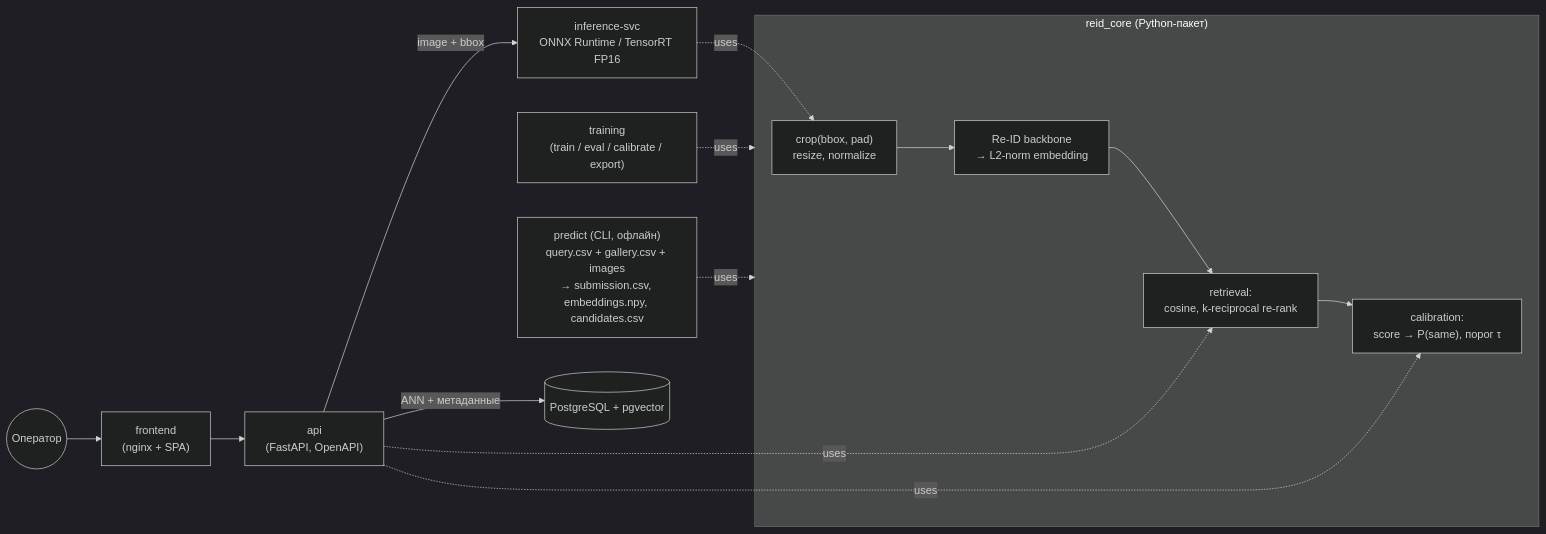
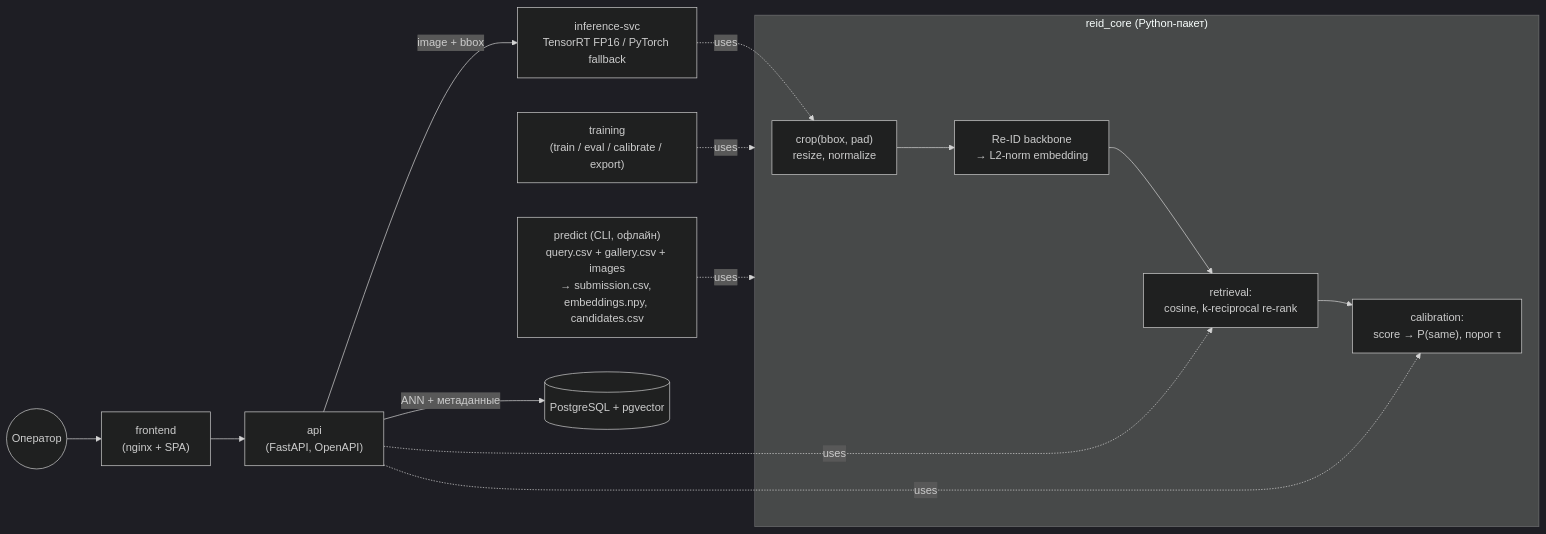
The diagram in docs/architecture.md (ladmol/LCT), drawn with Mermaid (dark theme) before and after one commit. The commit also changed other lines of this file and 3 other files, not shown here.

First line of the commit message:
Use PyTorch as the runtime fallback and pin verified CUDA stacks

````diff
--- a/docs/architecture.md
+++ b/docs/architecture.md
@@ -52,18 +52,18 @@
 ```mermaid
 flowchart LR
     subgraph core["reid_core (Python-пакет)"]
         PRE["crop(bbox, pad)<br/>resize, normalize"] --> MODEL["Re-ID backbone<br/>→ L2-norm embedding"]
         MODEL --> RET["retrieval:<br/>cosine, k-reciprocal re-rank"]
         RET --> CAL["calibration:<br/>score → P(same), порог τ"]
     end
 
     TRAIN["training<br/>(train / eval / calibrate / export)"] -.uses.-> core
     PREDICT["predict (CLI, офлайн)<br/>query.csv + gallery.csv + images<br/>→ submission.csv, embeddings.npy, candidates.csv"] -.uses.-> core
-    INF["inference-svc<br/>ONNX Runtime / TensorRT FP16"] -.uses.-> PRE
+    INF["inference-svc<br/>TensorRT FP16 / PyTorch fallback"] -.uses.-> PRE
 
     USER((Оператор)) --> FE["frontend<br/>(nginx + SPA)"] --> API["api<br/>(FastAPI, OpenAPI)"]
     API -->|image + bbox| INF
     API -->|ANN + метаданные| DB[("PostgreSQL + pgvector")]
     API -.uses.-> RET
     API -.uses.-> CAL
 ```
````
